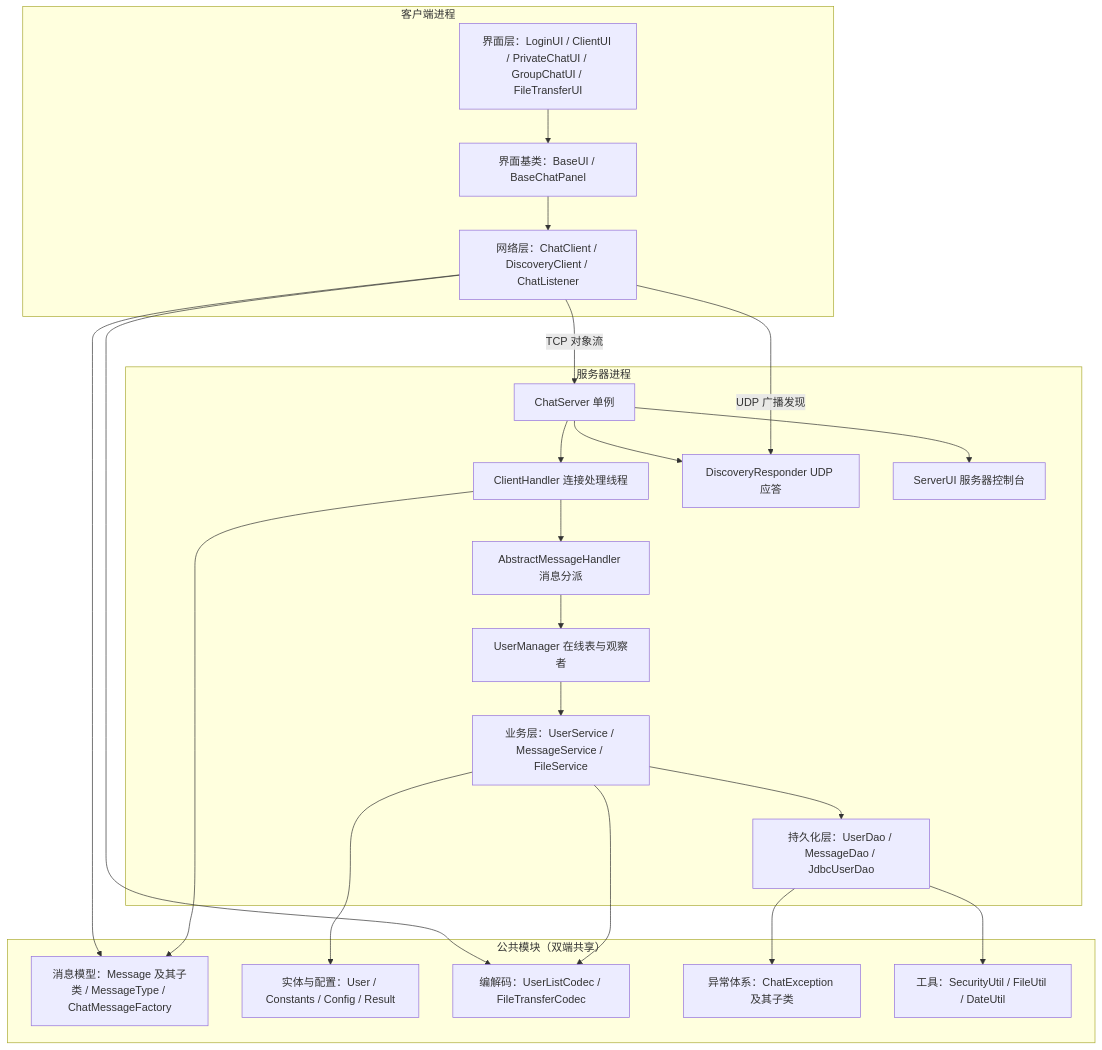
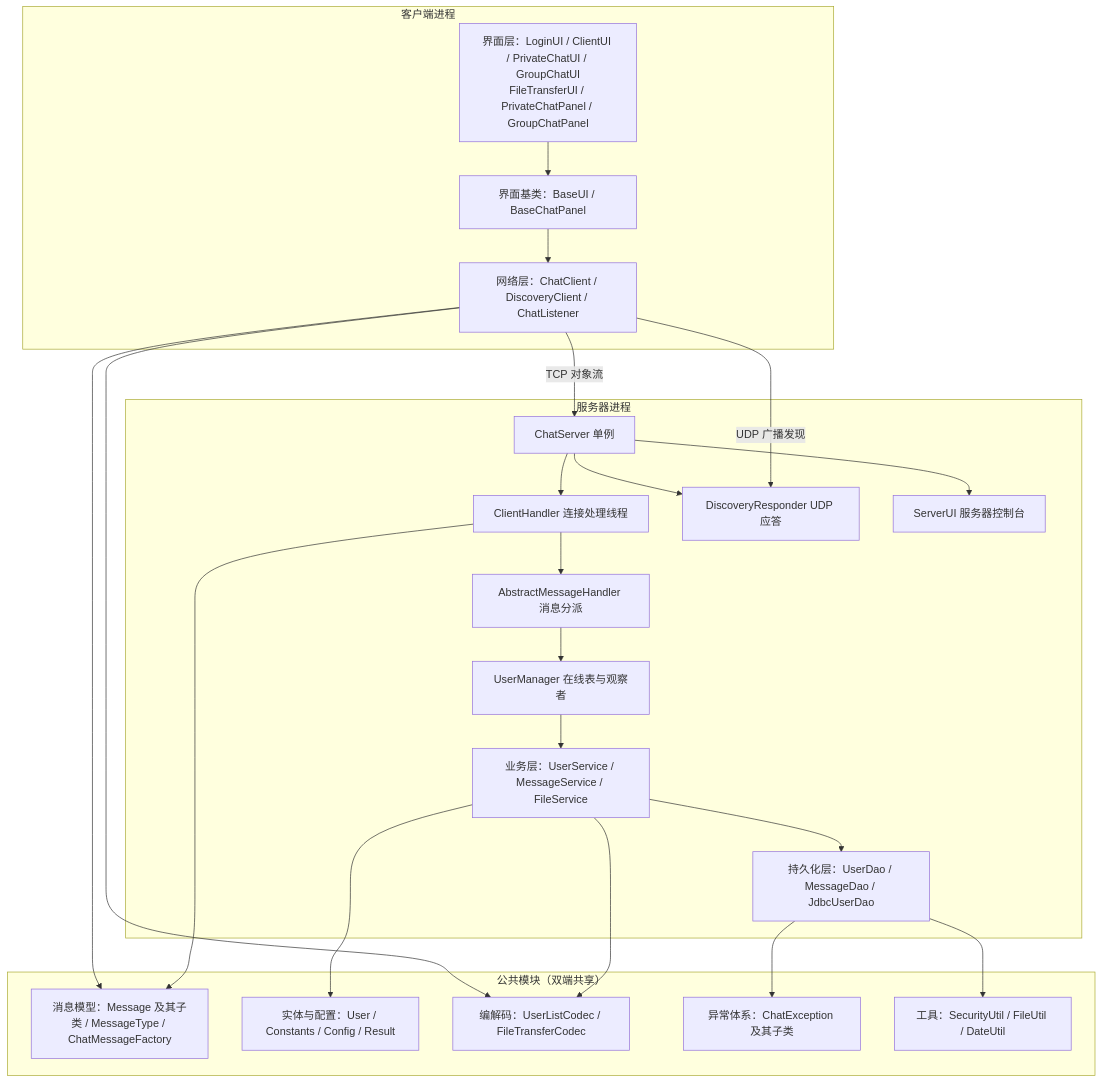
Before and after one commit to FeiTwnd/lanchat: the second of 12 diagrams in docs/report/课程设计报告.md, drawn with Mermaid. The commit also changed other lines of this file and 20 other files, not shown here.

````diff
--- a/docs/report/课程设计报告.md
+++ b/docs/report/课程设计报告.md
@@ -262,46 +262,46 @@
 ```mermaid
 flowchart TB
     subgraph CLIENT["客户端进程"]
-        CUI["界面层：LoginUI / ClientUI / PrivateChatUI / GroupChatUI / FileTransferUI"]
+        CUI["界面层：LoginUI / ClientUI / PrivateChatUI / GroupChatUI<br/>FileTransferUI / PrivateChatPanel / GroupChatPanel"]
         CUIBase["界面基类：BaseUI / BaseChatPanel"]
         CNET["网络层：ChatClient / DiscoveryClient / ChatListener"]
         CUI --> CUIBase
         CUIBase --> CNET
     end
 
     subgraph SHARED["公共模块（双端共享）"]
         MODEL["消息模型：Message 及其子类 / MessageType / ChatMessageFactory"]
         ENTITY["实体与配置：User / Constants / Config / Result"]
         CODEC["编解码：UserListCodec / FileTransferCodec"]
         EXC["异常体系：ChatException 及其子类"]
         UTI["工具：SecurityUtil / FileUtil / DateUtil"]
     end
 
     subgraph SERVER["服务器进程"]
         SRV["ChatServer 单例"]
         HANDLER["ClientHandler 连接处理线程"]
         DISPATCH["AbstractMessageHandler 消息分派"]
         UM["UserManager 在线表与观察者"]
         UDP["DiscoveryResponder UDP 应答"]
         SVC["业务层：UserService / MessageService / FileService"]
         DAO["持久化层：UserDao / MessageDao / JdbcUserDao"]
         SUI["ServerUI 服务器控制台"]
         SRV --> HANDLER
         HANDLER --> DISPATCH
         DISPATCH --> UM
         SRV --> UDP
         UM --> SVC
         SVC --> DAO
         SRV --> SUI
     end
 
     CNET -->|"TCP 对象流"| SRV
     CNET -->|"UDP 广播发现"| UDP
     CNET --> MODEL
     HANDLER --> MODEL
     SVC --> ENTITY
     DAO --> UTI
     CNET --> CODEC
     SVC --> CODEC
     DAO --> EXC
 ```
````
